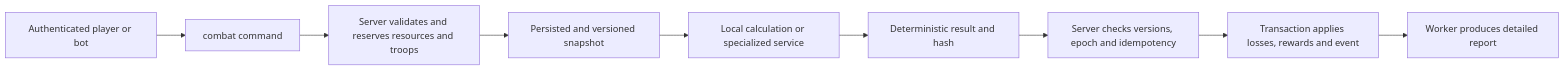
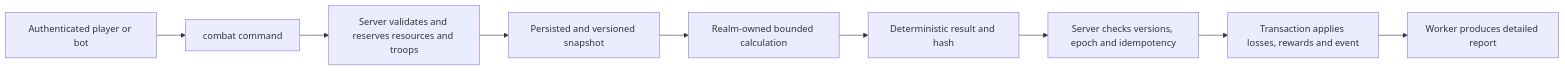
Before and after one commit to ReeseArch64/opencok: the sixth of 14 diagrams in .github/ARCHITECTURE.md, drawn with Mermaid. The commit also changed other lines of this file, not shown here.

````diff
--- a/.github/ARCHITECTURE.md
+++ b/.github/ARCHITECTURE.md
@@ -1161,11 +1157,11 @@
 ```mermaid
 flowchart LR
   player[Authenticated player or bot] --> command[combat command]
   command --> reserve[Server validates and reserves resources and troops]
   reserve --> snapshot[Persisted and versioned snapshot]
-  snapshot --> compute[Local calculation or specialized service]
+  snapshot --> compute[Realm-owned bounded calculation]
   compute --> result[Deterministic result and hash]
   result --> check[Server checks versions, epoch and idempotency]
   check --> commit[Transaction applies losses, rewards and event]
   commit --> report[Worker produces detailed report]
 ```
````
